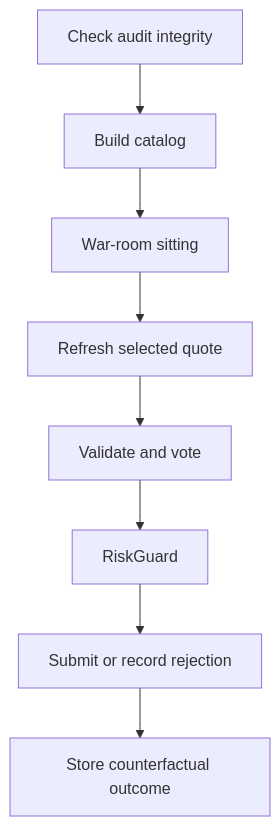
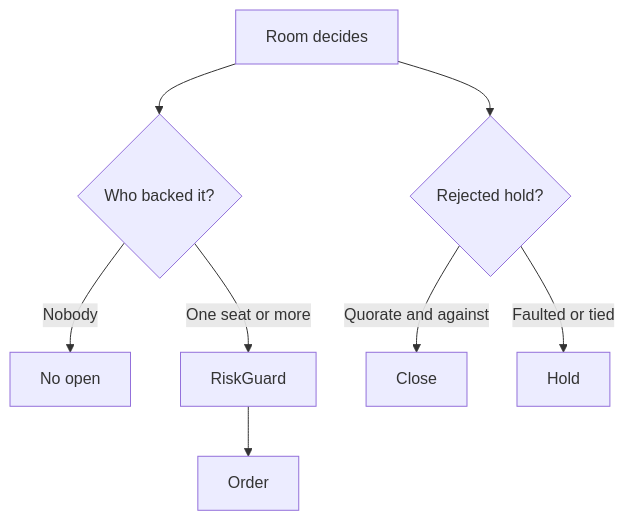
The first of 2 diagrams in .lode/plans/after-session-improvements.md (xakpc/Alpaca.NoIdea), drawn with Mermaid before and after one commit. The commit also changed other lines of this file and 18 other files, not shown here.

````diff
--- a/.lode/plans/after-session-improvements.md
+++ b/.lode/plans/after-session-improvements.md
@@ -8,10 +6,10 @@
 ```mermaid
 flowchart TD
-    A[Check audit integrity] --> B[Build catalog]
-    B --> C[War-room sitting]
-    C --> D[Refresh selected quote]
-    D --> E[Validate and vote]
-    E --> F[RiskGuard]
-    F --> G[Submit or record rejection]
-    G --> H[Store counterfactual outcome]
+    A[Room decides] --> B{Who backed it?}
+    B -- Nobody --> C[No open]
+    B -- One seat or more --> D[RiskGuard]
+    D --> E[Order]
+    A --> F{Rejected hold?}
+    F -- Quorate and against --> G[Close]
+    F -- Faulted or tied --> H[Hold]
 ```
````
